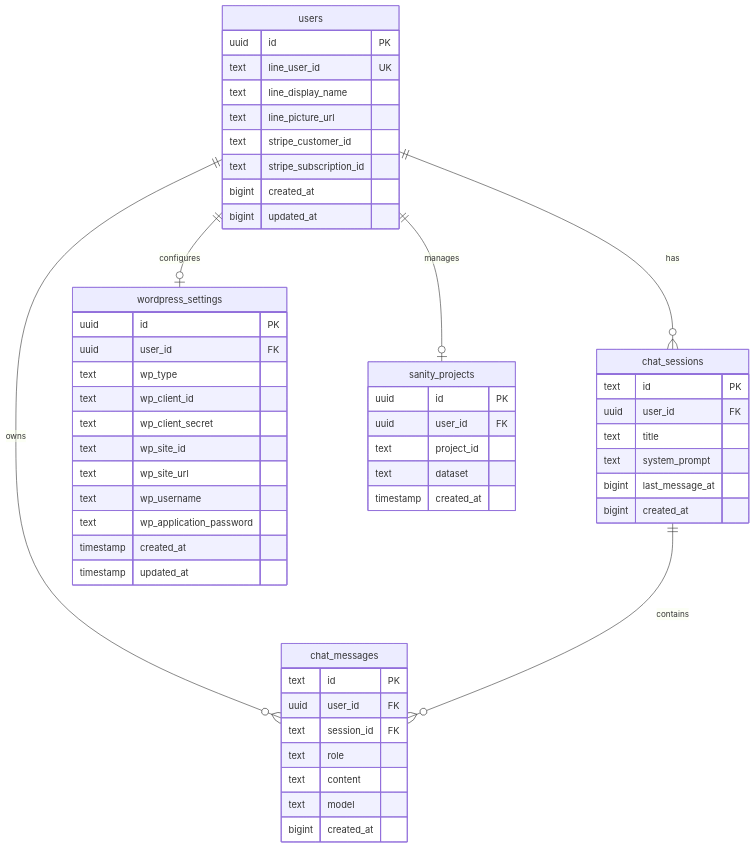
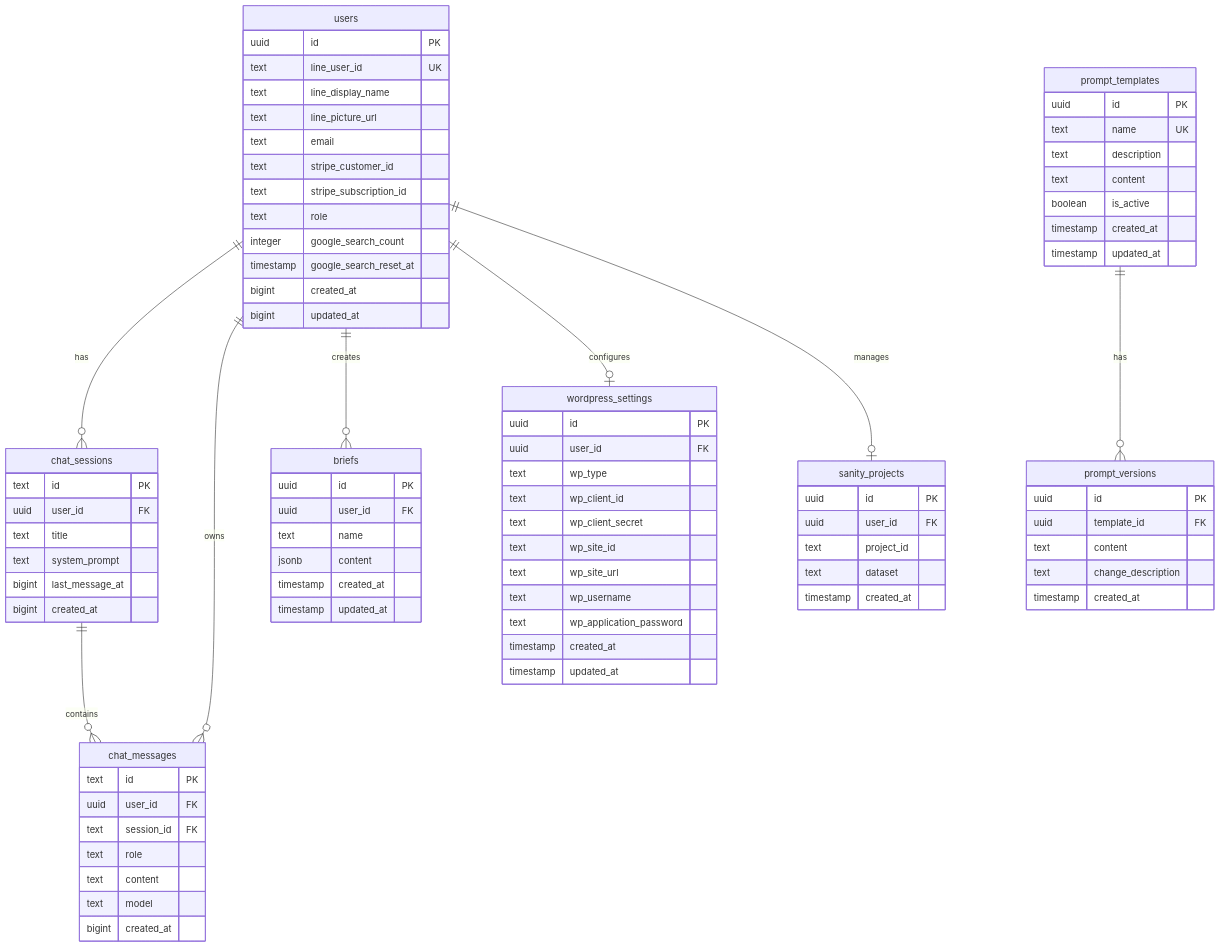
The third of 3 diagrams in README.md (shoma-endo/industry-specific-mc-training), drawn with Mermaid before and after one commit. The commit also changed other lines of this file, not shown here.

````diff
--- a/README.md
+++ b/README.md
@@ -134,8 +151,12 @@
         text line_user_id UK
         text line_display_name
         text line_picture_url
+        text email
         text stripe_customer_id
         text stripe_subscription_id
+        text role
+        integer google_search_count
+        timestamp google_search_reset_at
         bigint created_at
         bigint updated_at
     }
@@ -181,9 +202,38 @@
         timestamp created_at
     }
     
+    prompt_templates {
+        uuid id PK
+        text name UK
+        text description
+        text content
+        boolean is_active
+        timestamp created_at
+        timestamp updated_at
+    }
+    
+    prompt_versions {
+        uuid id PK
+        uuid template_id FK
+        text content
+        text change_description
+        timestamp created_at
+    }
+    
+    briefs {
+        uuid id PK
+        uuid user_id FK
+        text name
+        jsonb content
+        timestamp created_at
+        timestamp updated_at
+    }
+    
     users ||--o{ chat_sessions : has
     users ||--o{ chat_messages : owns
+    users ||--o{ briefs : creates
     users ||--o| wordpress_settings : configures
     users ||--o| sanity_projects : manages
     chat_sessions ||--o{ chat_messages : contains
+    prompt_templates ||--o{ prompt_versions : has
 ```
````
